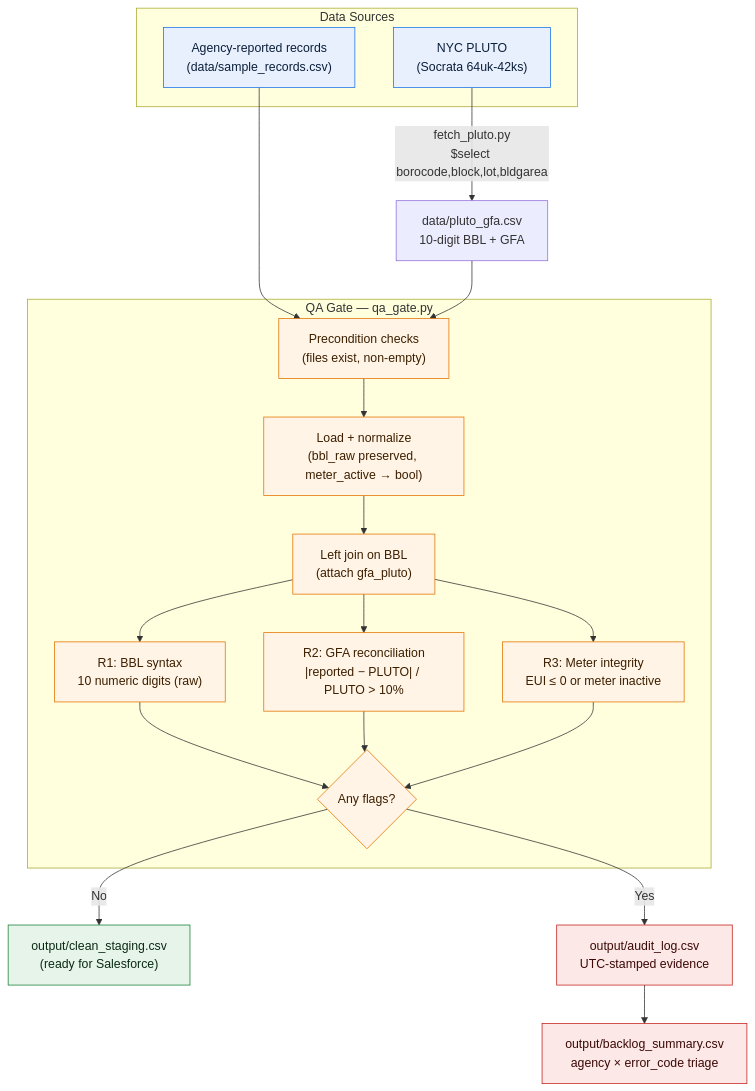
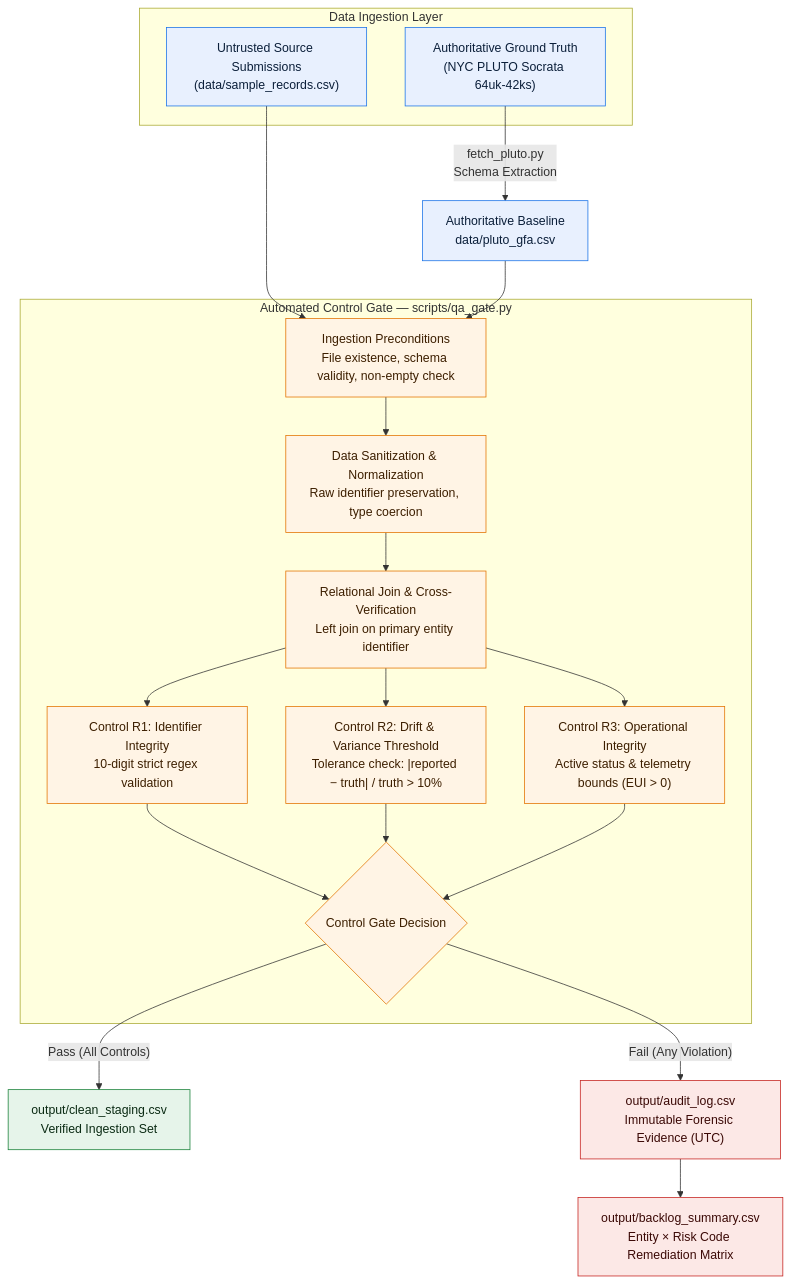
Before and after one commit to hibdiop/Socrata_Pluto_QA-Audit_Gate: the diagram in README.md, drawn with Mermaid.

Commit message:
Update architecture diagram in README

````diff
--- a/README.md
+++ b/README.md
@@ -6,42 +6,40 @@
 ```mermaid
 flowchart TB
-    subgraph SOURCES["Data Sources"]
-        S1["NYC PLUTO<br/>(Socrata 64uk-42ks)"]
-        S2["Agency-reported records<br/>(data/sample_records.csv)"]
+    subgraph SOURCES["Data Ingestion Layer"]
+        S1["Authoritative Ground Truth<br/>(NYC PLUTO Socrata 64uk-42ks)"]
+        S2["Untrusted Source Submissions<br/>(data/sample_records.csv)"]
     end
 
-    S1 -->|"fetch_pluto.py<br/>$select borocode,block,lot,bldgarea"| P1["data/pluto_gfa.csv<br/>10-digit BBL + GFA"]
+    S1 -->|"fetch_pluto.py<br/>Schema Extraction"| P1["Authoritative Baseline<br/>data/pluto_gfa.csv"]
     S2 --> G1
-
     P1 --> G1
 
-    subgraph GATE["QA Gate — qa_gate.py"]
-        G1["Precondition checks<br/>(files exist, non-empty)"]
-        G1 --> G2["Load + normalize<br/>(bbl_raw preserved, meter_active → bool)"]
-        G2 --> G3["Left join on BBL<br/>(attach gfa_pluto)"]
-        G3 --> R1
-        G3 --> R2
-        G3 --> R3
-        R1["R1: BBL syntax<br/>10 numeric digits (raw)"]
-        R2["R2: GFA reconciliation<br/>|reported − PLUTO| / PLUTO > 10%"]
-        R3["R3: Meter integrity<br/>EUI ≤ 0 or meter inactive"]
+    subgraph GATE["Automated Control Gate — scripts/qa_gate.py"]
+        G1["Ingestion Preconditions<br/>File existence, schema validity, non-empty check"]
+        G1 --> G2["Data Sanitization & Normalization<br/>Raw identifier preservation, type coercion"]
+        G2 --> G3["Relational Join & Cross-Verification<br/>Left join on primary entity identifier"]
+        
+        G3 --> R1["Control R1: Identifier Integrity<br/>10-digit strict regex validation"]
+        G3 --> R2["Control R2: Drift & Variance Threshold<br/>Tolerance check: |reported − truth| / truth > 10%"]
+        G3 --> R3["Control R3: Operational Integrity<br/>Active status & telemetry bounds (EUI > 0)"]
+        
         R1 --> ROUTE
         R2 --> ROUTE
         R3 --> ROUTE
-        ROUTE{"Any flags?"}
+        ROUTE{"Control Gate Decision"}
     end
 
-    ROUTE -->|"No"| C1["output/clean_staging.csv<br/>(ready for Salesforce)"]
-    ROUTE -->|"Yes"| A1["output/audit_log.csv<br/>UTC-stamped evidence"]
-    A1 --> A2["output/backlog_summary.csv<br/>agency × error_code triage"]
+    ROUTE -->|"Pass (All Controls)"| C1["output/clean_staging.csv<br/>Verified Ingestion Set"]
+    ROUTE -->|"Fail (Any Violation)"| A1["output/audit_log.csv<br/>Immutable Forensic Evidence (UTC)"]
+    A1 --> A2["output/backlog_summary.csv<br/>Entity × Risk Code Remediation Matrix"]
 
     classDef source fill:#e8f0fe,stroke:#1a73e8,color:#0b1f3a
     classDef gate   fill:#fff4e5,stroke:#e37400,color:#3d1f00
     classDef pass   fill:#e6f4ea,stroke:#188038,color:#0b2b14
     classDef fail   fill:#fce8e6,stroke:#c5221f,color:#3b0906
 
-    class S1,S2 source
+    class S1,S2,P1 source
     class G1,G2,G3,R1,R2,R3,ROUTE gate
     class C1 pass
     class A1,A2 fail
 ```
````
